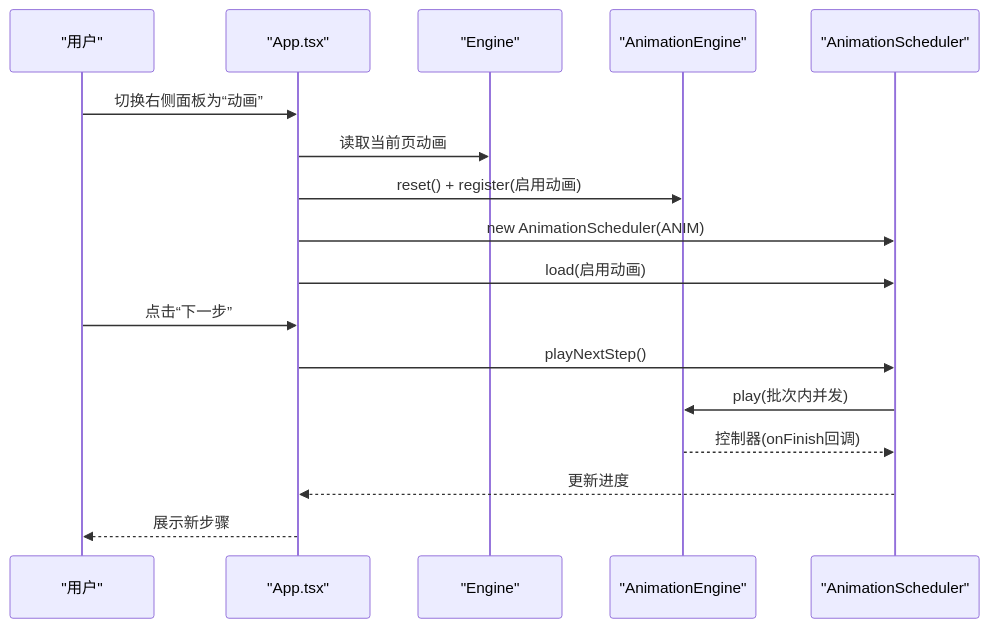
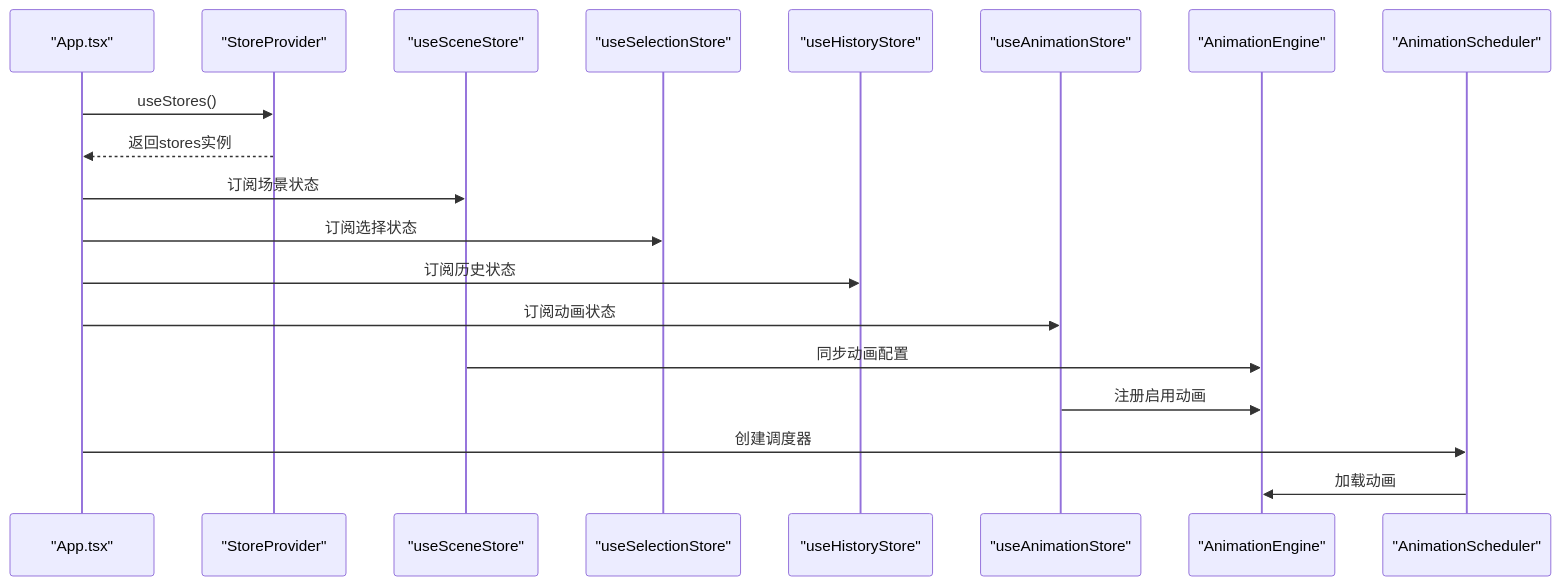
The fourth of 10 diagrams in .qoder/repowiki/zh/content/核心架构/组件交互.md (Anna0314zy/ai_editor_enginer), drawn with Mermaid before and after one commit. The commit also changed other lines of this file and 17 other files, not shown here.

````diff
--- a/.qoder/repowiki/zh/content/核心架构/组件交互.md
+++ b/.qoder/repowiki/zh/content/核心架构/组件交互.md
@@ -176,19 +255,21 @@
 ```mermaid
 sequenceDiagram
-participant U as "用户"
 participant APP as "App.tsx"
-participant ENG as "Engine"
-participant ANIM as "AnimationEngine"
-participant SCH as "AnimationScheduler"
-U->>APP : 切换右侧面板为“动画”
-APP->>ENG : 读取当前页动画
-APP->>ANIM : reset() + register(启用动画)
-APP->>SCH : new AnimationScheduler(ANIM)
-APP->>SCH : load(启用动画)
-U->>APP : 点击“下一步”
-APP->>SCH : playNextStep()
-SCH->>ANIM : play(批次内并发)
-ANIM-->>SCH : 控制器(onFinish回调)
-SCH-->>APP : 更新进度
-APP-->>U : 展示新步骤
+participant STORE as "StoreProvider"
+participant SCENEHOOK as "useSceneStore"
+participant SELHOOK as "useSelectionStore"
+participant HISHOOK as "useHistoryStore"
+participant ANIMHOOK as "useAnimationStore"
+participant ANIMENG as "AnimationEngine"
+participant SCHED as "AnimationScheduler"
+APP->>STORE : useStores()
+STORE-->>APP : 返回stores实例
+APP->>SCENEHOOK : 订阅场景状态
+APP->>SELHOOK : 订阅选择状态
+APP->>HISHOOK : 订阅历史状态
+APP->>ANIMHOOK : 订阅动画状态
+SCENEHOOK->>ANIMENG : 同步动画配置
+ANIMHOOK->>ANIMENG : 注册启用动画
+APP->>SCHED : 创建调度器
+SCHED->>ANIMENG : 加载动画
 ```
````
